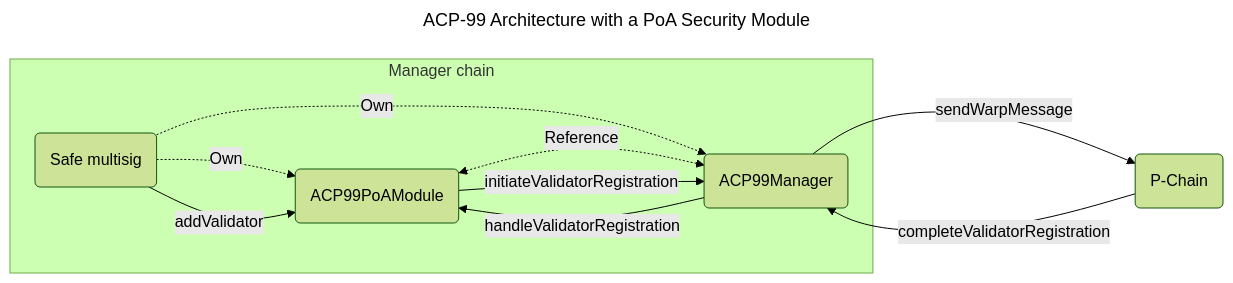
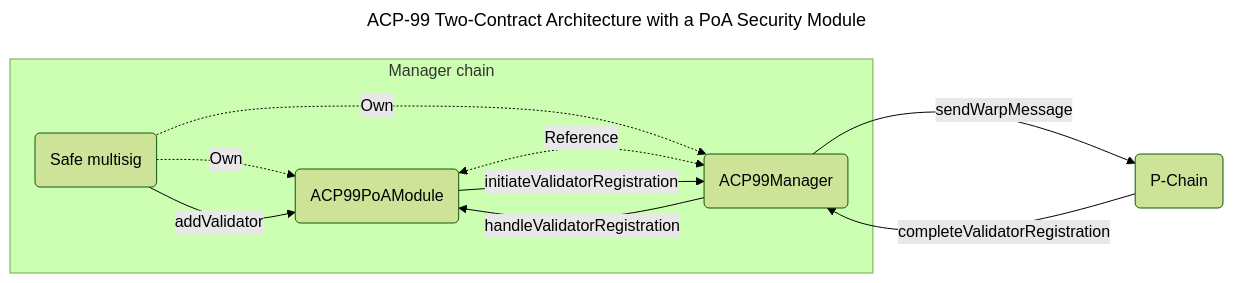
The first of 2 diagrams in ACPs/99-validatorsetmanager-contract/README.md (avalanche-foundation/ACPs), drawn with Mermaid (forest theme) before and after one commit. The commit also changed other lines of this file, not shown here.

Commit message:
acp-99 updates

````diff
--- a/ACPs/99-validatorsetmanager-contract/README.md
+++ b/ACPs/99-validatorsetmanager-contract/README.md
@@ -370,24 +230,24 @@
 ```mermaid
 ---
-title: ACP-99 Architecture with a PoA Security Module
+title: ACP-99 Two-Contract Architecture with a PoA Security Module
 ---
 graph LR
   Safe(Safe multisig)
   SecurityModule(ACP99PoAModule)
   Manager(ACP99Manager)
   P(P-Chain)
 
   subgraph "Manager chain"
     Safe
     SecurityModule
     Manager
   end
   Safe -.->|Own| SecurityModule
   Safe -.->|Own| Manager
   SecurityModule <-.->|Reference| Manager
   Safe -->|addValidator| SecurityModule
   SecurityModule -->|initiateValidatorRegistration| Manager
   Manager -->|sendWarpMessage| P
   P -->|completeValidatorRegistration| Manager
   Manager -->|handleValidatorRegistration| SecurityModule
 ```
````
